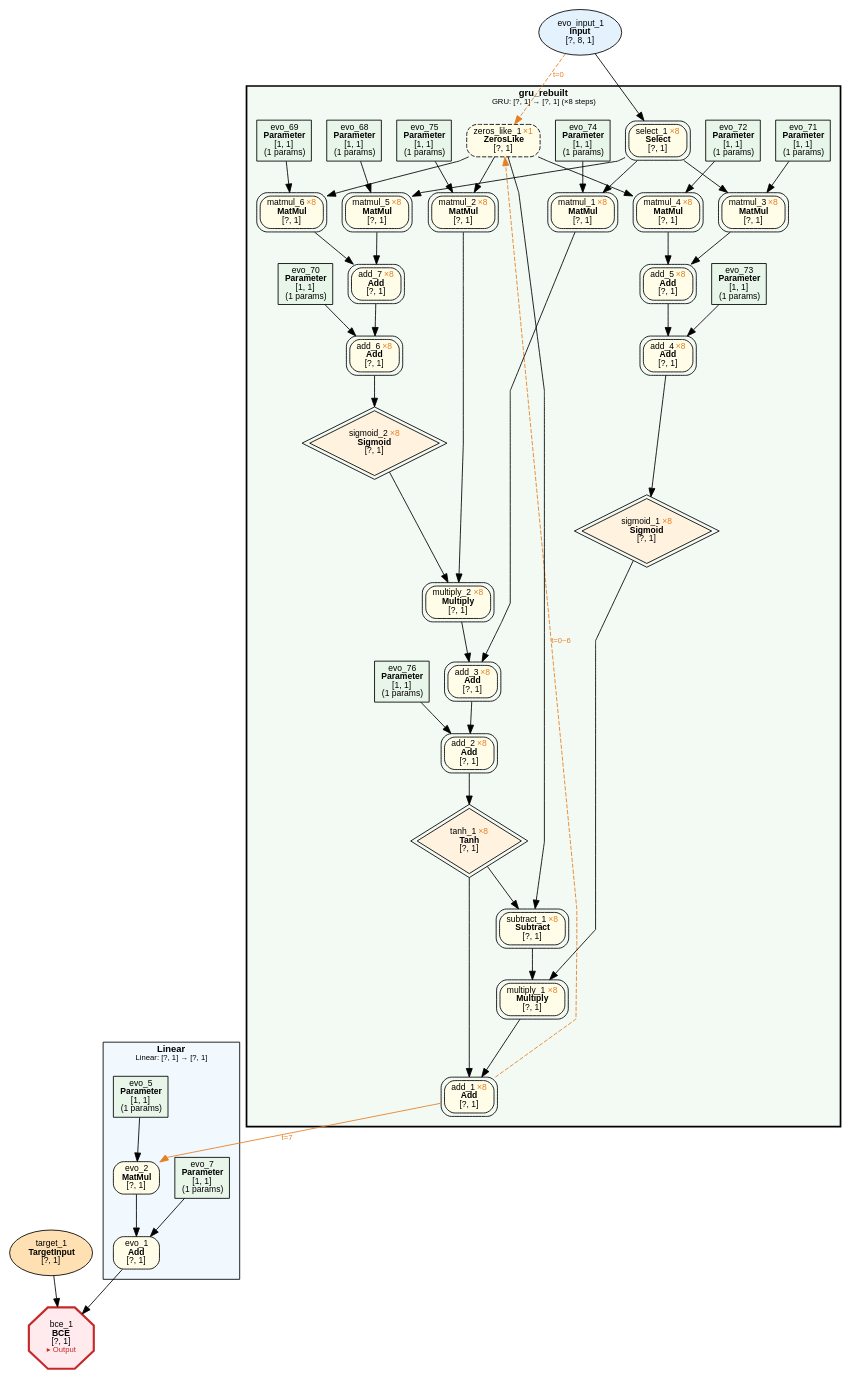
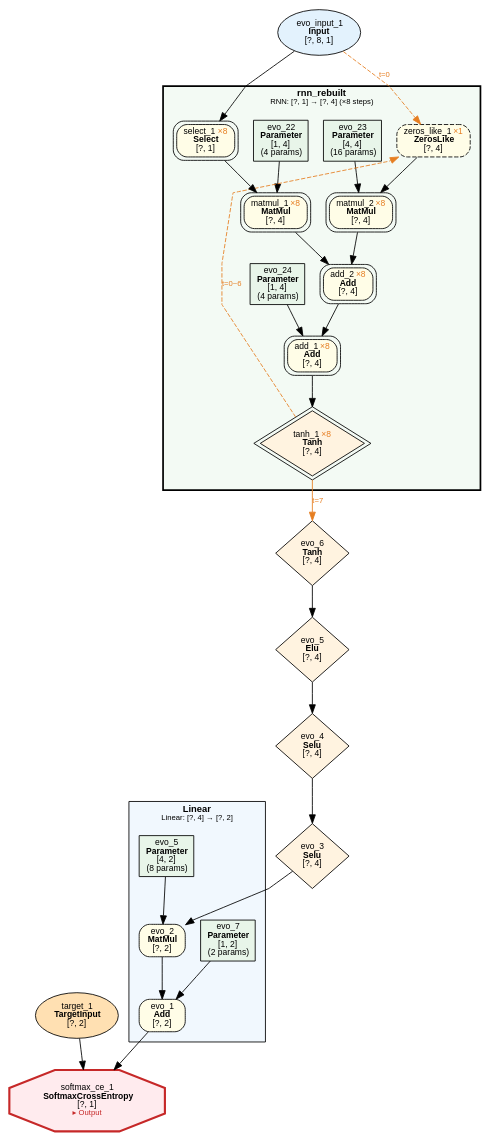
One commit to dbsxdbsx/only_torch changed the diagram in examples/evolution/parity_seq/evolution_parity_seq.dot. Above: the diagram before and after it, drawn with Graphviz. The commit also changed 10 other files, not shown here.

First line of the commit message:
fix(evolution): 修复 RNN 重建路径 NodeGroupTag 被 backfill 覆盖的可视化 bug + Phase F 短期改进

```diff
--- a/examples/evolution/parity_seq/evolution_parity_seq.dot
+++ b/examples/evolution/parity_seq/evolution_parity_seq.dot
@@ -1,110 +1,72 @@
 digraph ComputeGraph {
     rankdir=TB;
     newrank=true;
     splines=polyline;
     node [fontname="Microsoft YaHei,SimHei,Arial"];
     edge [fontname="Microsoft YaHei,SimHei,Arial"];
 
     subgraph cluster_group_linear_1 {
-        label=<<B>Linear</B><BR/><FONT POINT-SIZE="9">Linear: [?, 1] → [?, 1]</FONT>>;
+        label=<<B>Linear</B><BR/><FONT POINT-SIZE="9">Linear: [?, 4] → [?, 2]</FONT>>;
         style=filled;
         fillcolor="#E3F2FD80";
         fontname="Microsoft YaHei,SimHei,Arial";
         fontsize=11;
         margin=12;
-            "2" [label=<evo_1<BR/><B>Add</B><BR/>[?, 1]> shape=box style="filled,rounded" fillcolor="#FFFDE7" fontsize=10];
-            "4" [label=<evo_2<BR/><B>MatMul</B><BR/>[?, 1]> shape=box style="filled,rounded" fillcolor="#FFFDE7" fontsize=10];
-            "5" [label=<evo_7<BR/><B>Parameter</B><BR/>[1, 1]<BR/>(1 params)> shape=box style=filled fillcolor="#E8F5E9" fontsize=10];
-            "6" [label=<evo_5<BR/><B>Parameter</B><BR/>[1, 1]<BR/>(1 params)> shape=box style=filled fillcolor="#E8F5E9" fontsize=10];
+            "2" [label=<evo_1<BR/><B>Add</B><BR/>[?, 2]> shape=box style="filled,rounded" fillcolor="#FFFDE7" fontsize=10];
+            "4" [label=<evo_2<BR/><B>MatMul</B><BR/>[?, 2]> shape=box style="filled,rounded" fillcolor="#FFFDE7" fontsize=10];
+            "5" [label=<evo_7<BR/><B>Parameter</B><BR/>[1, 2]<BR/>(2 params)> shape=box style=filled fillcolor="#E8F5E9" fontsize=10];
+            "7" [label=<evo_5<BR/><B>Parameter</B><BR/>[4, 2]<BR/>(8 params)> shape=box style=filled fillcolor="#E8F5E9" fontsize=10];
     }
 
-    subgraph cluster_group_gru_0 {
-        label=<<B>gru_rebuilt</B><BR/><FONT POINT-SIZE="9">GRU: [?, 1] → [?, 1] (×8 steps)</FONT>>;
+    subgraph cluster_group_rnn_0 {
+        label=<<B>rnn_rebuilt</B><BR/><FONT POINT-SIZE="9">RNN: [?, 1] → [?, 4] (×8 steps)</FONT>>;
         style="filled,bold";
         peripheries=3;
         penwidth=2;
         fillcolor="#E8F5E980";
         fontname="Microsoft YaHei,SimHei,Arial";
         fontsize=11;
         margin=12;
-            "7" [label=<evo_76<BR/><B>Parameter</B><BR/>[1, 1]<BR/>(1 params)> shape=box style=filled fillcolor="#E8F5E9" fontsize=10];
-            "8" [label=<evo_73<BR/><B>Parameter</B><BR/>[1, 1]<BR/>(1 params)> shape=box style=filled fillcolor="#E8F5E9" fontsize=10];
-            "9" [label=<evo_74<BR/><B>Parameter</B><BR/>[1, 1]<BR/>(1 params)> shape=box style=filled fillcolor="#E8F5E9" fontsize=10];
-            "11" [label=<evo_75<BR/><B>Parameter</B><BR/>[1, 1]<BR/>(1 params)> shape=box style=filled fillcolor="#E8F5E9" fontsize=10];
-            "12" [label=<evo_71<BR/><B>Parameter</B><BR/>[1, 1]<BR/>(1 params)> shape=box style=filled fillcolor="#E8F5E9" fontsize=10];
-            "13" [label=<evo_72<BR/><B>Parameter</B><BR/>[1, 1]<BR/>(1 params)> shape=box style=filled fillcolor="#E8F5E9" fontsize=10];
-            "14" [label=<evo_70<BR/><B>Parameter</B><BR/>[1, 1]<BR/>(1 params)> shape=box style=filled fillcolor="#E8F5E9" fontsize=10];
-            "15" [label=<evo_68<BR/><B>Parameter</B><BR/>[1, 1]<BR/>(1 params)> shape=box style=filled fillcolor="#E8F5E9" fontsize=10];
-            "16" [label=<evo_69<BR/><B>Parameter</B><BR/>[1, 1]<BR/>(1 params)> shape=box style=filled fillcolor="#E8F5E9" fontsize=10];
-            "17" [label=<add_1 <FONT COLOR="#E67E22">×8</FONT><BR/><B>Add</B><BR/>[?, 1]> shape=box style="filled,rounded" fillcolor="#FFFDE7" fontsize=10 peripheries=2];
-            "18" [label=<tanh_1 <FONT COLOR="#E67E22">×8</FONT><BR/><B>Tanh</B><BR/>[?, 1]> shape=diamond style=filled fillcolor="#FFF3E0" fontsize=10 peripheries=2];
-            "19" [label=<multiply_1 <FONT COLOR="#E67E22">×8</FONT><BR/><B>Multiply</B><BR/>[?, 1]> shape=box style="filled,rounded" fillcolor="#FFFDE7" fontsize=10 peripheries=2];
-            "20" [label=<add_2 <FONT COLOR="#E67E22">×8</FONT><BR/><B>Add</B><BR/>[?, 1]> shape=box style="filled,rounded" fillcolor="#FFFDE7" fontsize=10 peripheries=2];
-            "21" [label=<sigmoid_1 <FONT COLOR="#E67E22">×8</FONT><BR/><B>Sigmoid</B><BR/>[?, 1]> shape=diamond style=filled fillcolor="#FFF3E0" fontsize=10 peripheries=2];
-            "22" [label=<subtract_1 <FONT COLOR="#E67E22">×8</FONT><BR/><B>Subtract</B><BR/>[?, 1]> shape=box style="filled,rounded" fillcolor="#FFFDE7" fontsize=10 peripheries=2];
-            "23" [label=<add_3 <FONT COLOR="#E67E22">×8</FONT><BR/><B>Add</B><BR/>[?, 1]> shape=box style="filled,rounded" fillcolor="#FFFDE7" fontsize=10 peripheries=2];
-            "24" [label=<add_4 <FONT COLOR="#E67E22">×8</FONT><BR/><B>Add</B><BR/>[?, 1]> shape=box style="filled,rounded" fillcolor="#FFFDE7" fontsize=10 peripheries=2];
-            "25" [label=<zeros_like_1 <FONT COLOR="#E67E22">×1</FONT><BR/><B>ZerosLike</B><BR/>[?, 1]> shape=box style="filled,rounded,dashed" fillcolor="#FFFDE7" fontsize=10];
-            "26" [label=<matmul_1 <FONT COLOR="#E67E22">×8</FONT><BR/><B>MatMul</B><BR/>[?, 1]> shape=box style="filled,rounded" fillcolor="#FFFDE7" fontsize=10 peripheries=2];
-            "27" [label=<multiply_2 <FONT COLOR="#E67E22">×8</FONT><BR/><B>Multiply</B><BR/>[?, 1]> shape=box style="filled,rounded" fillcolor="#FFFDE7" fontsize=10 peripheries=2];
-            "28" [label=<add_5 <FONT COLOR="#E67E22">×8</FONT><BR/><B>Add</B><BR/>[?, 1]> shape=box style="filled,rounded" fillcolor="#FFFDE7" fontsize=10 peripheries=2];
-            "29" [label=<select_1 <FONT COLOR="#E67E22">×8</FONT><BR/><B>Select</B><BR/>[?, 1]> shape=box style="filled,rounded" fillcolor="#FFFDE7" fontsize=10 peripheries=2];
-            "30" [label=<sigmoid_2 <FONT COLOR="#E67E22">×8</FONT><BR/><B>Sigmoid</B><BR/>[?, 1]> shape=diamond style=filled fillcolor="#FFF3E0" fontsize=10 peripheries=2];
-            "31" [label=<matmul_2 <FONT COLOR="#E67E22">×8</FONT><BR/><B>MatMul</B><BR/>[?, 1]> shape=box style="filled,rounded" fillcolor="#FFFDE7" fontsize=10 peripheries=2];
-            "32" [label=<matmul_3 <FONT COLOR="#E67E22">×8</FONT><BR/><B>MatMul</B><BR/>[?, 1]> shape=box style="filled,rounded" fillcolor="#FFFDE7" fontsize=10 peripheries=2];
-            "33" [label=<matmul_4 <FONT COLOR="#E67E22">×8</FONT><BR/><B>MatMul</B><BR/>[?, 1]> shape=box style="filled,rounded" fillcolor="#FFFDE7" fontsize=10 peripheries=2];
-            "34" [label=<add_6 <FONT COLOR="#E67E22">×8</FONT><BR/><B>Add</B><BR/>[?, 1]> shape=box style="filled,rounded" fillcolor="#FFFDE7" fontsize=10 peripheries=2];
-            "35" [label=<add_7 <FONT COLOR="#E67E22">×8</FONT><BR/><B>Add</B><BR/>[?, 1]> shape=box style="filled,rounded" fillcolor="#FFFDE7" fontsize=10 peripheries=2];
-            "36" [label=<matmul_5 <FONT COLOR="#E67E22">×8</FONT><BR/><B>MatMul</B><BR/>[?, 1]> shape=box style="filled,rounded" fillcolor="#FFFDE7" fontsize=10 peripheries=2];
-            "37" [label=<matmul_6 <FONT COLOR="#E67E22">×8</FONT><BR/><B>MatMul</B><BR/>[?, 1]> shape=box style="filled,rounded" fillcolor="#FFFDE7" fontsize=10 peripheries=2];
+            "11" [label=<evo_24<BR/><B>Parameter</B><BR/>[1, 4]<BR/>(4 params)> shape=box style=filled fillcolor="#E8F5E9" fontsize=10];
+            "12" [label=<evo_22<BR/><B>Parameter</B><BR/>[1, 4]<BR/>(4 params)> shape=box style=filled fillcolor="#E8F5E9" fontsize=10];
+            "13" [label=<evo_23<BR/><B>Parameter</B><BR/>[4, 4]<BR/>(16 params)> shape=box style=filled fillcolor="#E8F5E9" fontsize=10];
+            "15" [label=<tanh_1 <FONT COLOR="#E67E22">×8</FONT><BR/><B>Tanh</B><BR/>[?, 4]> shape=diamond style=filled fillcolor="#FFF3E0" fontsize=10 peripheries=2];
+            "16" [label=<add_1 <FONT COLOR="#E67E22">×8</FONT><BR/><B>Add</B><BR/>[?, 4]> shape=box style="filled,rounded" fillcolor="#FFFDE7" fontsize=10 peripheries=2];
+            "17" [label=<add_2 <FONT COLOR="#E67E22">×8</FONT><BR/><B>Add</B><BR/>[?, 4]> shape=box style="filled,rounded" fillcolor="#FFFDE7" fontsize=10 peripheries=2];
+            "18" [label=<matmul_1 <FONT COLOR="#E67E22">×8</FONT><BR/><B>MatMul</B><BR/>[?, 4]> shape=box style="filled,rounded" fillcolor="#FFFDE7" fontsize=10 peripheries=2];
+            "19" [label=<matmul_2 <FONT COLOR="#E67E22">×8</FONT><BR/><B>MatMul</B><BR/>[?, 4]> shape=box style="filled,rounded" fillcolor="#FFFDE7" fontsize=10 peripheries=2];
+            "20" [label=<select_1 <FONT COLOR="#E67E22">×8</FONT><BR/><B>Select</B><BR/>[?, 1]> shape=box style="filled,rounded" fillcolor="#FFFDE7" fontsize=10 peripheries=2];
+            "21" [label=<zeros_like_1 <FONT COLOR="#E67E22">×1</FONT><BR/><B>ZerosLike</B><BR/>[?, 4]> shape=box style="filled,rounded,dashed" fillcolor="#FFFDE7" fontsize=10];
     }
 
-    "1" [label=<bce_1<BR/><B>BCE</B><BR/>[?, 1]<BR/><FONT COLOR="#C62828" POINT-SIZE="9">▸ Output</FONT>> shape=octagon style=filled fillcolor="#FFEBEE" fontsize=10 penwidth=2.5 color="#C62828"];
-    "3" [label=<target_1<BR/><B>TargetInput</B><BR/>[?, 1]> shape=ellipse style=filled fillcolor="#FFE0B2" fontsize=10];
-    "10" [label=<evo_input_1<BR/><B>Input</B><BR/>[?, 8, 1]> shape=ellipse style=filled fillcolor="#E3F2FD" fontsize=10];
+    "1" [label=<softmax_ce_1<BR/><B>SoftmaxCrossEntropy</B><BR/>[?, 1]<BR/><FONT COLOR="#C62828" POINT-SIZE="9">▸ Output</FONT>> shape=octagon style=filled fillcolor="#FFEBEE" fontsize=10 penwidth=2.5 color="#C62828"];
+    "3" [label=<target_1<BR/><B>TargetInput</B><BR/>[?, 2]> shape=ellipse style=filled fillcolor="#FFE0B2" fontsize=10];
+    "6" [label=<evo_3<BR/><B>Selu</B><BR/>[?, 4]> shape=diamond style=filled fillcolor="#FFF3E0" fontsize=10];
+    "8" [label=<evo_4<BR/><B>Selu</B><BR/>[?, 4]> shape=diamond style=filled fillcolor="#FFF3E0" fontsize=10];
+    "9" [label=<evo_5<BR/><B>Elu</B><BR/>[?, 4]> shape=diamond style=filled fillcolor="#FFF3E0" fontsize=10];
+    "10" [label=<evo_6<BR/><B>Tanh</B><BR/>[?, 4]> shape=diamond style=filled fillcolor="#FFF3E0" fontsize=10];
+    "14" [label=<evo_input_1<BR/><B>Input</B><BR/>[?, 8, 1]> shape=ellipse style=filled fillcolor="#E3F2FD" fontsize=10];
 
     "2" -> "1";
     "3" -> "1";
     "4" -> "2";
     "5" -> "2";
-    "17" -> "4" [ color="#E67E22" label=<t=7> fontcolor="#E67E22" fontsize=9];
     "6" -> "4";
+    "7" -> "4";
+    "8" -> "6";
+    "9" -> "8";
+    "10" -> "9";
+    "15" -> "10" [ color="#E67E22" label=<t=7> fontcolor="#E67E22" fontsize=9];
+    "16" -> "15";
+    "17" -> "16";
+    "11" -> "16";
     "18" -> "17";
     "19" -> "17";
     "20" -> "18";
+    "12" -> "18";
     "21" -> "19";
-    "22" -> "19";
-    "23" -> "20";
-    "7" -> "20";
-    "24" -> "21";
-    "25" -> "22";
-    "18" -> "22";
-    "26" -> "23";
-    "27" -> "23";
-    "28" -> "24";
-    "8" -> "24";
-    "10" -> "25" [ style=dashed color="#E67E22" label=<t=0> fontcolor="#E67E22" fontsize=9];
-    "29" -> "26";
-    "9" -> "26";
-    "30" -> "27";
-    "31" -> "27";
-    "32" -> "28";
-    "33" -> "28";
-    "10" -> "29";
-    "34" -> "30";
-    "25" -> "31";
-    "11" -> "31";
-    "29" -> "32";
-    "12" -> "32";
-    "25" -> "33";
-    "13" -> "33";
-    "35" -> "34";
-    "14" -> "34";
-    "36" -> "35";
-    "37" -> "35";
-    "29" -> "36";
-    "15" -> "36";
-    "25" -> "37";
-    "16" -> "37";
-    "17" -> "25" [style=dashed color="#E67E22" label=<t=0~6> fontcolor="#E67E22" fontsize=9 constraint=false];
+    "13" -> "19";
+    "14" -> "20";
+    "14" -> "21" [ style=dashed color="#E67E22" label=<t=0> fontcolor="#E67E22" fontsize=9];
+    "15" -> "21" [style=dashed color="#E67E22" label=<t=0~6> fontcolor="#E67E22" fontsize=9 constraint=false];
 }
```
